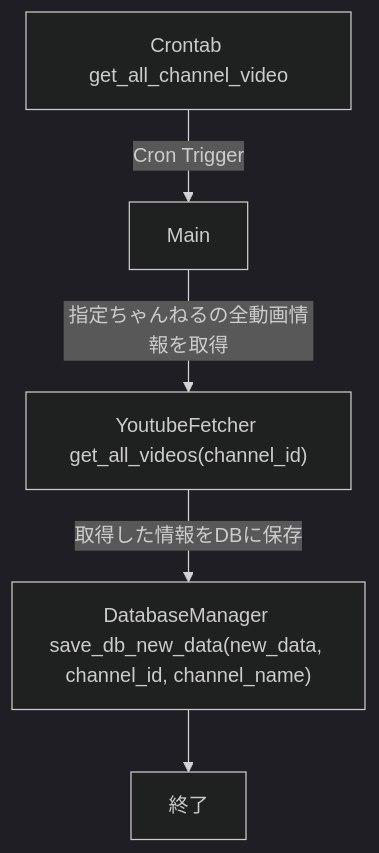
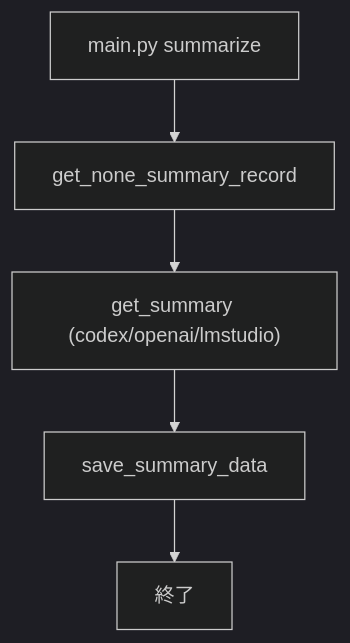
Before and after one commit to hoshimins/youtube_summary_bot: the second of 4 diagrams in document/flowchart.md, drawn with Mermaid (dark theme). The commit also changed other lines of this file and 18 other files, not shown here.

````diff
--- a/document/flowchart.md
+++ b/document/flowchart.md
@@ -28,8 +25,7 @@
 ```mermaid
 graph TD
-
-Cron["Crontab get_all_channel_video"] -->|Cron Trigger| YoutubeSummaryFeed["Main"]
-YoutubeSummaryFeed --> |指定ちゃんねるの全動画情報を取得| YoutubeFetcher["YoutubeFetcher get_all_videos(channel_id)"]
-YoutubeFetcher --> |取得した情報をDBに保存| SaveDB["DatabaseManager save_db_new_data(new_data, channel_id, channel_name)"]
-SaveDB --> End["終了"]
+Main["main.py summarize"] --> Rows["get_none_summary_record"]
+Rows --> Sum["get_summary (codex/openai/lmstudio)"]
+Sum --> Save["save_summary_data"]
+Save --> End["終了"]
 ```
````
